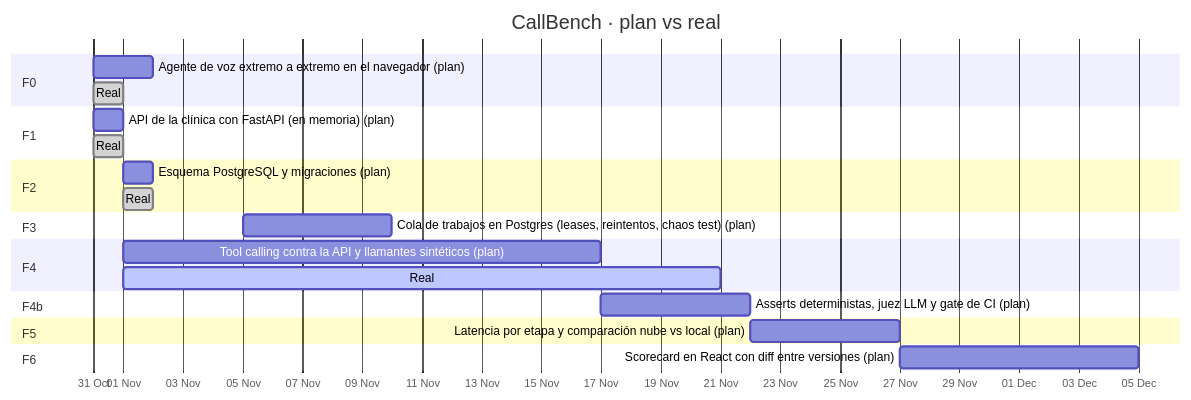
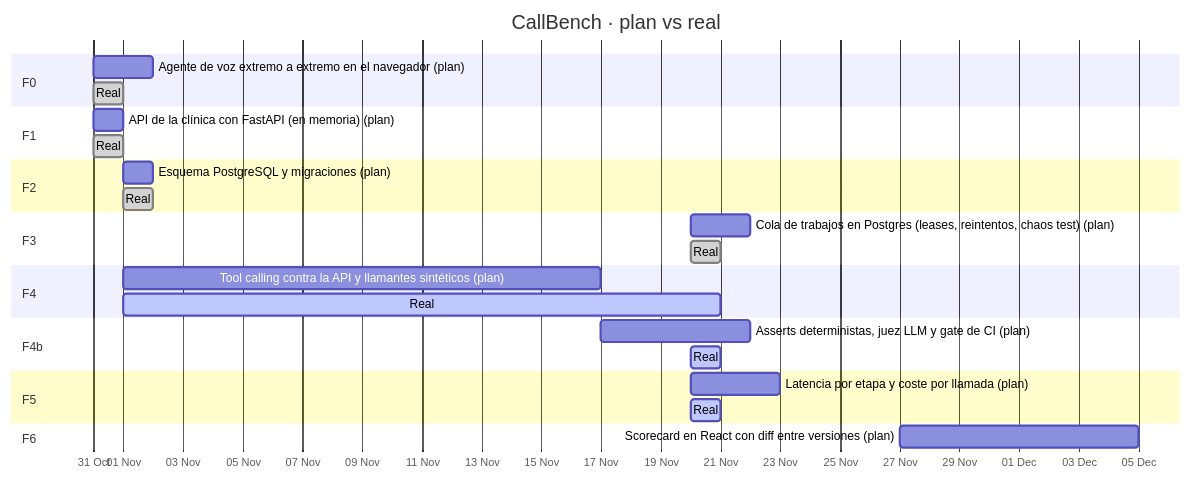
Before and after one commit to gabrielespelleta94/callbench: the diagram in docs/bitacora/GANTT.md, drawn with Mermaid. The commit also changed other lines of this file and 3 other files, not shown here.

````diff
--- a/docs/bitacora/GANTT.md
+++ b/docs/bitacora/GANTT.md
@@ -9,27 +9,30 @@
 ```mermaid
 gantt
     title CallBench · plan vs real
     dateFormat YYYY-MM-DD
     axisFormat %d %b
     todayMarker on
     section F0
     Agente de voz extremo a extremo en el navegador (plan) :F0p, 2026-10-31, 2026-11-02
     Real :done, F0r, 2026-10-31, 2026-11-01
     section F1
     API de la clínica con FastAPI (en memoria) (plan) :F1p, 2026-10-31, 2026-11-01
     Real :done, F1r, 2026-10-31, 2026-11-01
     section F2
     Esquema PostgreSQL y migraciones (plan) :F2p, 2026-11-01, 2026-11-02
     Real :done, F2r, 2026-11-01, 2026-11-02
     section F3
-    Cola de trabajos en Postgres (leases, reintentos, chaos test) (plan) :F3p, 2026-11-05, 2026-11-10
+    Cola de trabajos en Postgres (leases, reintentos, chaos test) (plan) :F3p, 2026-11-20, 2026-11-22
+    Real :done, F3r, 2026-11-20, 2026-11-21
     section F4
     Tool calling contra la API y llamantes sintéticos (plan) :F4p, 2026-11-01, 2026-11-17
     Real :active, F4r, 2026-11-01, 2026-11-21
     section F4b
     Asserts deterministas, juez LLM y gate de CI (plan) :F4bp, 2026-11-17, 2026-11-22
+    Real :active, F4br, 2026-11-20, 2026-11-21
     section F5
-    Latencia por etapa y comparación nube vs local (plan) :F5p, 2026-11-22, 2026-11-27
+    Latencia por etapa y coste por llamada (plan) :F5p, 2026-11-20, 2026-11-23
+    Real :active, F5r, 2026-11-20, 2026-11-21
     section F6
     Scorecard en React con diff entre versiones (plan) :F6p, 2026-11-27, 2026-12-05
 ```
````
